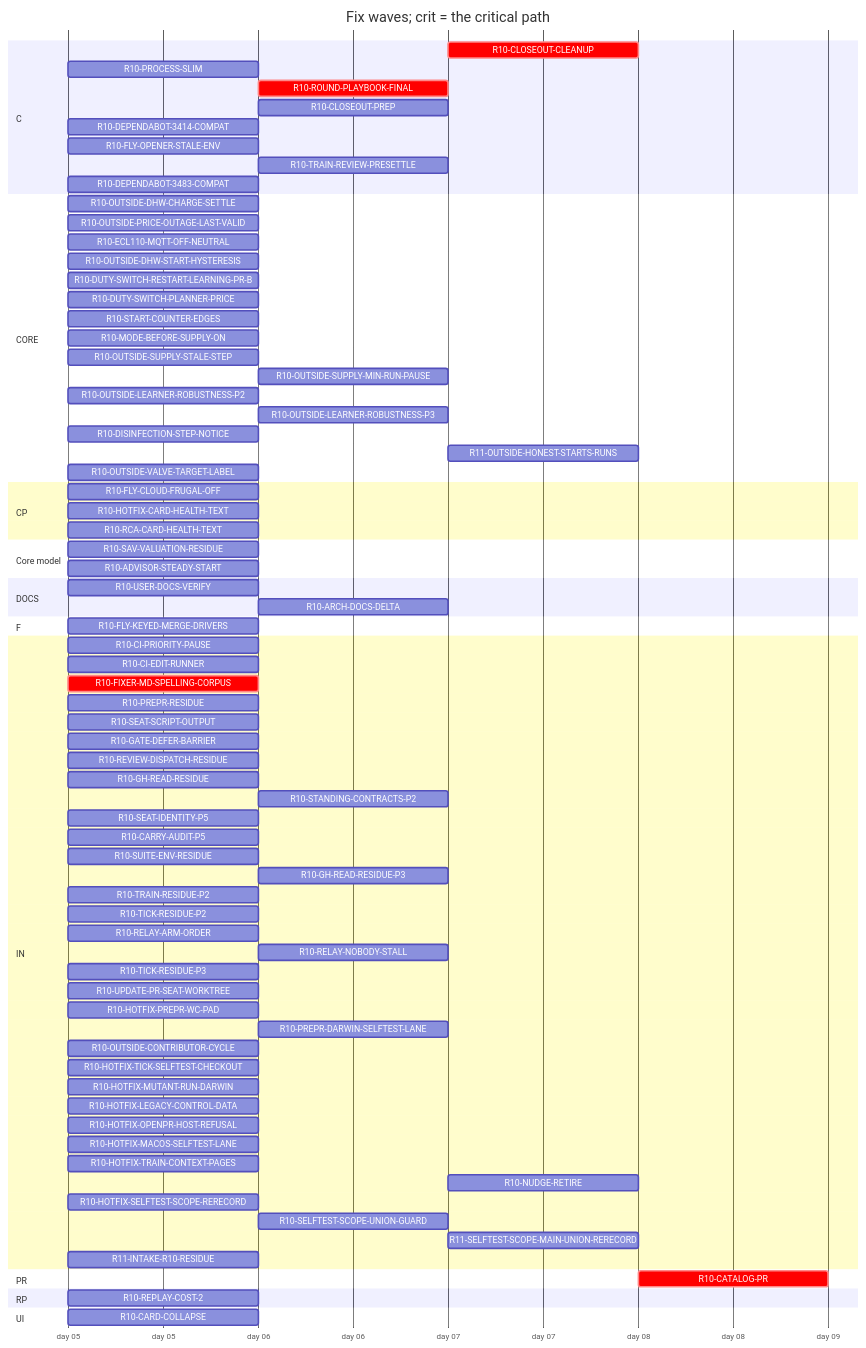
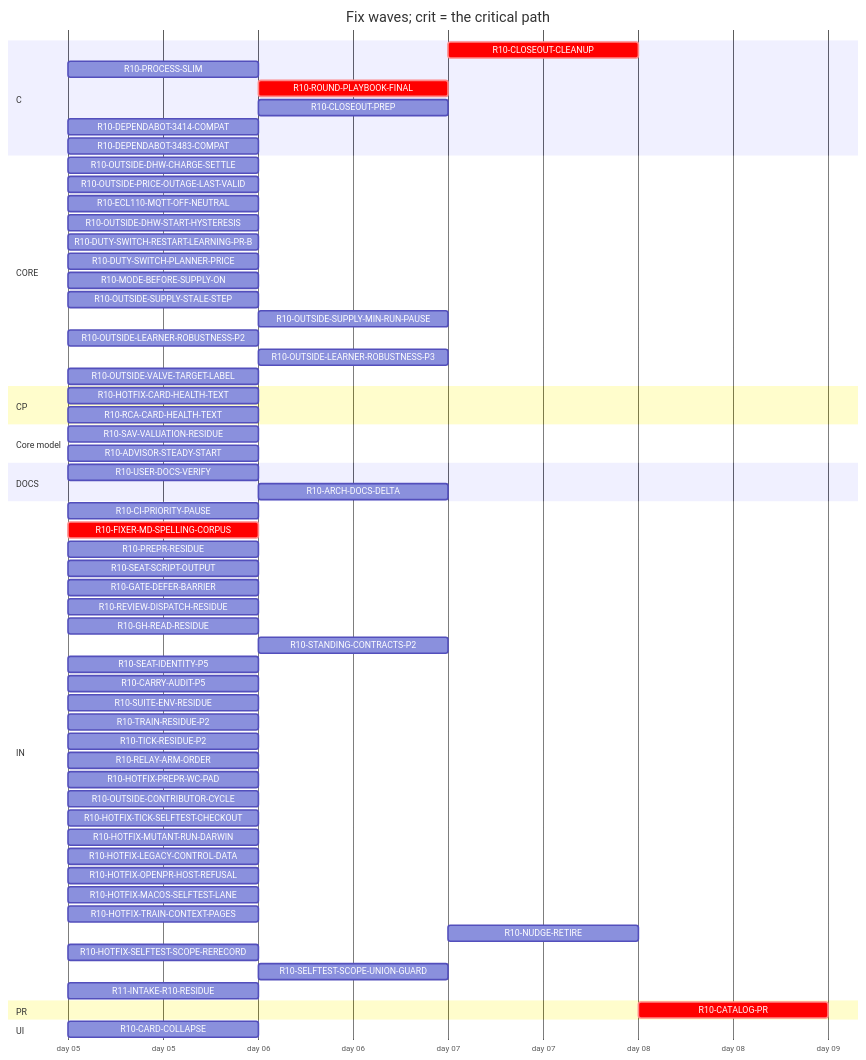
Before and after one commit to tvofi/heatpump_optimizer: the diagram in handoff/round10/state/PLAN-TABLE.md, drawn with Mermaid. The commit also changed other lines of this file and 3 other files, not shown here.

Commit message:
state: FLOW-BOARD.md, NEXT-SESSION-PROMPT.md, PLAN-TABLE.md, RESUME-CURRENT.md regenerated (state_docs.py)

````diff
--- a/handoff/round10/state/PLAN-TABLE.md
+++ b/handoff/round10/state/PLAN-TABLE.md
@@ -31,8 +29,6 @@
     R10-ROUND-PLAYBOOK-FINAL :crit, r10ROUNDPLAYBOOKFINAL, after r10FIXERMDSPELLINGCORPUS, 1d
     R10-CLOSEOUT-PREP :r10CLOSEOUTPREP, after r10FIXERMDSPELLINGCORPUS, 1d
     R10-DEPENDABOT-3414-COMPAT :r10DEPENDABOT3414COMPAT, 2026-01-05, 1d
-    R10-FLY-OPENER-STALE-ENV :r10FLYOPENERSTALEENV, 2026-01-05, 1d
-    R10-TRAIN-REVIEW-PRESETTLE :r10TRAINREVIEWPRESETTLE, after r10TRAINRESIDUEP2, 1d
     R10-DEPENDABOT-3483-COMPAT :r10DEPENDABOT3483COMPAT, 2026-01-05, 1d
   section CORE
     R10-OUTSIDE-DHW-CHARGE-SETTLE :r10OUTSIDEDHWCHARGESETTLE, 2026-01-05, 1d
@@ -41,17 +37,13 @@
     R10-OUTSIDE-DHW-START-HYSTERESIS :r10OUTSIDEDHWSTARTHYSTERESIS, 2026-01-05, 1d
     R10-DUTY-SWITCH-RESTART-LEARNING-PR-B :r10DUTYSWITCHRESTARTLEARNINGPRB, 2026-01-05, 1d
     R10-DUTY-SWITCH-PLANNER-PRICE :r10DUTYSWITCHPLANNERPRICE, 2026-01-05, 1d
-    R10-START-COUNTER-EDGES :r10STARTCOUNTEREDGES, 2026-01-05, 1d
     R10-MODE-BEFORE-SUPPLY-ON :r10MODEBEFORESUPPLYON, 2026-01-05, 1d
     R10-OUTSIDE-SUPPLY-STALE-STEP :r10OUTSIDESUPPLYSTALESTEP, 2026-01-05, 1d
     R10-OUTSIDE-SUPPLY-MIN-RUN-PAUSE :r10OUTSIDESUPPLYMINRUNPAUSE, after r10OUTSIDESUPPLYSTALESTEP, 1d
     R10-OUTSIDE-LEARNER-ROBUSTNESS-P2 :r10OUTSIDELEARNERROBUSTNESSP2, 2026-01-05, 1d
     R10-OUTSIDE-LEARNER-ROBUSTNESS-P3 :r10OUTSIDELEARNERROBUSTNESSP3, after r10OUTSIDELEARNERROBUSTNESSP2, 1d
-    R10-DISINFECTION-STEP-NOTICE :r10DISINFECTIONSTEPNOTICE, 2026-01-05, 1d
-    R11-OUTSIDE-HONEST-STARTS-RUNS :r11OUTSIDEHONESTSTARTSRUNS, after r10DUTYSWITCHPLANNERPRICE r10OUTSIDEDHWSTARTHYSTERESIS r10OUTSIDESUPPLYMINRUNPAUSE r10ADVISORSTEADYSTART, 1d
     R10-OUTSIDE-VALVE-TARGET-LABEL :r10OUTSIDEVALVETARGETLABEL, 2026-01-05, 1d
   section CP
-    R10-FLY-CLOUD-FRUGAL-OFF :r10FLYCLOUDFRUGALOFF, 2026-01-05, 1d
     R10-HOTFIX-CARD-HEALTH-TEXT :r10HOTFIXCARDHEALTHTEXT, 2026-01-05, 1d
     R10-RCA-CARD-HEALTH-TEXT :r10RCACARDHEALTHTEXT, 2026-01-05, 1d
   section Core model
@@ -60,11 +52,8 @@
   section DOCS
     R10-USER-DOCS-VERIFY :r10USERDOCSVERIFY, 2026-01-05, 1d
     R10-ARCH-DOCS-DELTA :r10ARCHDOCSDELTA, after r10SAVVALUATIONRESIDUE r10ADVISORSTEADYSTART r10PROCESSSLIM, 1d
-  section F
-    R10-FLY-KEYED-MERGE-DRIVERS :r10FLYKEYEDMERGEDRIVERS, 2026-01-05, 1d
   section IN
     R10-CI-PRIORITY-PAUSE :r10CIPRIORITYPAUSE, 2026-01-05, 1d
-    R10-CI-EDIT-RUNNER :r10CIEDITRUNNER, 2026-01-05, 1d
     R10-FIXER-MD-SPELLING-CORPUS :crit, r10FIXERMDSPELLINGCORPUS, 2026-01-05, 1d
     R10-PREPR-RESIDUE :r10PREPRRESIDUE, 2026-01-05, 1d
     R10-SEAT-SCRIPT-OUTPUT :r10SEATSCRIPTOUTPUT, 2026-01-05, 1d
@@ -75,15 +64,10 @@
     R10-SEAT-IDENTITY-P5 :r10SEATIDENTITYP5, 2026-01-05, 1d
     R10-CARRY-AUDIT-P5 :r10CARRYAUDITP5, 2026-01-05, 1d
     R10-SUITE-ENV-RESIDUE :r10SUITEENVRESIDUE, 2026-01-05, 1d
-    R10-GH-READ-RESIDUE-P3 :r10GHREADRESIDUEP3, after r10GHREADRESIDUE, 1d
     R10-TRAIN-RESIDUE-P2 :r10TRAINRESIDUEP2, 2026-01-05, 1d
     R10-TICK-RESIDUE-P2 :r10TICKRESIDUEP2, 2026-01-05, 1d
     R10-RELAY-ARM-ORDER :r10RELAYARMORDER, 2026-01-05, 1d
-    R10-RELAY-NOBODY-STALL :r10RELAYNOBODYSTALL, after r10RELAYARMORDER r10REVIEWDISPATCHRESIDUE, 1d
-    R10-TICK-RESIDUE-P3 :r10TICKRESIDUEP3, 2026-01-05, 1d
-    R10-UPDATE-PR-SEAT-WORKTREE :r10UPDATEPRSEATWORKTREE, 2026-01-05, 1d
     R10-HOTFIX-PREPR-WC-PAD :r10HOTFIXPREPRWCPAD, 2026-01-05, 1d
-    R10-PREPR-DARWIN-SELFTEST-LANE :r10PREPRDARWINSELFTESTLANE, after r10HOTFIXPREPRWCPAD, 1d
     R10-OUTSIDE-CONTRIBUTOR-CYCLE :r10OUTSIDECONTRIBUTORCYCLE, 2026-01-05, 1d
     R10-HOTFIX-TICK-SELFTEST-CHECKOUT :r10HOTFIXTICKSELFTESTCHECKOUT, 2026-01-05, 1d
     R10-HOTFIX-MUTANT-RUN-DARWIN :r10HOTFIXMUTANTRUNDARWIN, 2026-01-05, 1d
@@ -94,12 +78,9 @@
     R10-NUDGE-RETIRE :r10NUDGERETIRE, after r10ROUNDPLAYBOOKFINAL, 1d
     R10-HOTFIX-SELFTEST-SCOPE-RERECORD :r10HOTFIXSELFTESTSCOPERERECORD, 2026-01-05, 1d
     R10-SELFTEST-SCOPE-UNION-GUARD :r10SELFTESTSCOPEUNIONGUARD, after r10HOTFIXSELFTESTSCOPERERECORD, 1d
-    R11-SELFTEST-SCOPE-MAIN-UNION-RERECORD :r11SELFTESTSCOPEMAINUNIONRERECORD, after r10SELFTESTSCOPEUNIONGUARD, 1d
     R11-INTAKE-R10-RESIDUE :r11INTAKER10RESIDUE, 2026-01-05, 1d
   section PR
     R10-CATALOG-PR :crit, r10CATALOGPR, after r10USERDOCSVERIFY r10ROUNDPLAYBOOKFINAL r10CLOSEOUTCLEANUP r10CLOSEOUTPREP r10ARCHDOCSDELTA, 1d
-  section RP
-    R10-REPLAY-COST-2 :r10REPLAYCOST2, 2026-01-05, 1d
   section UI
     R10-CARD-COLLAPSE :r10CARDCOLLAPSE, 2026-01-05, 1d
 ```
````
